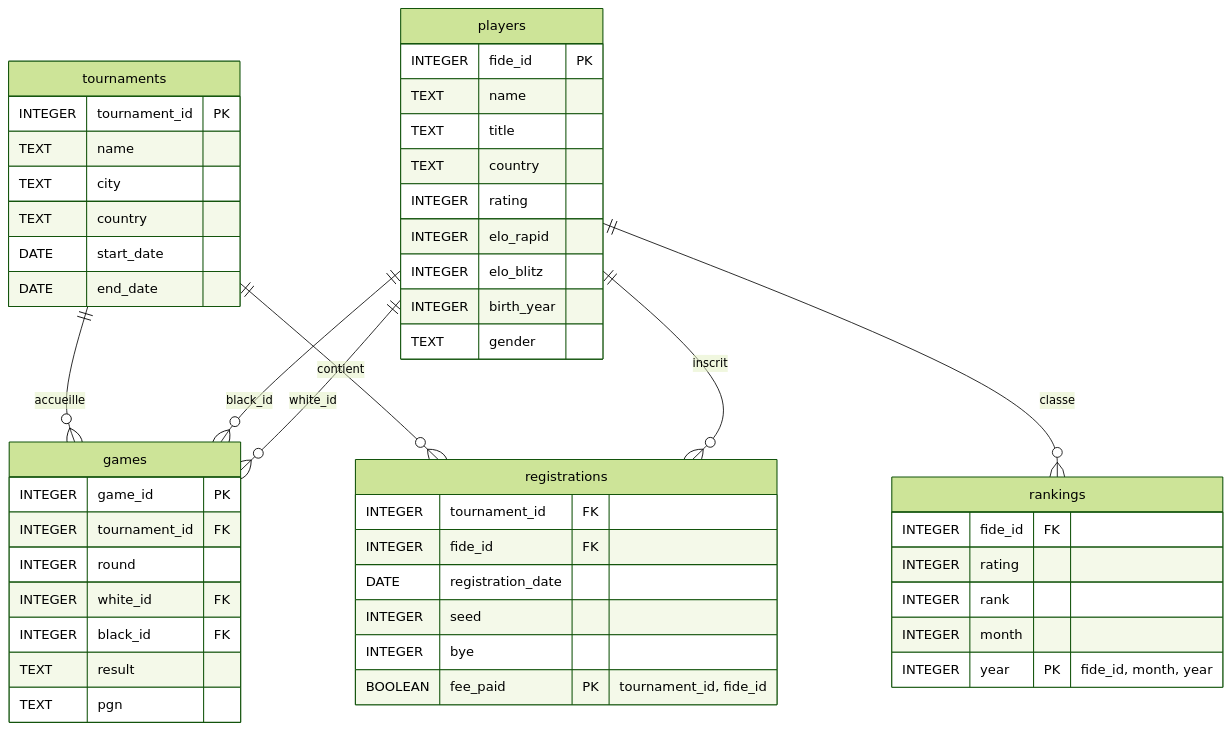
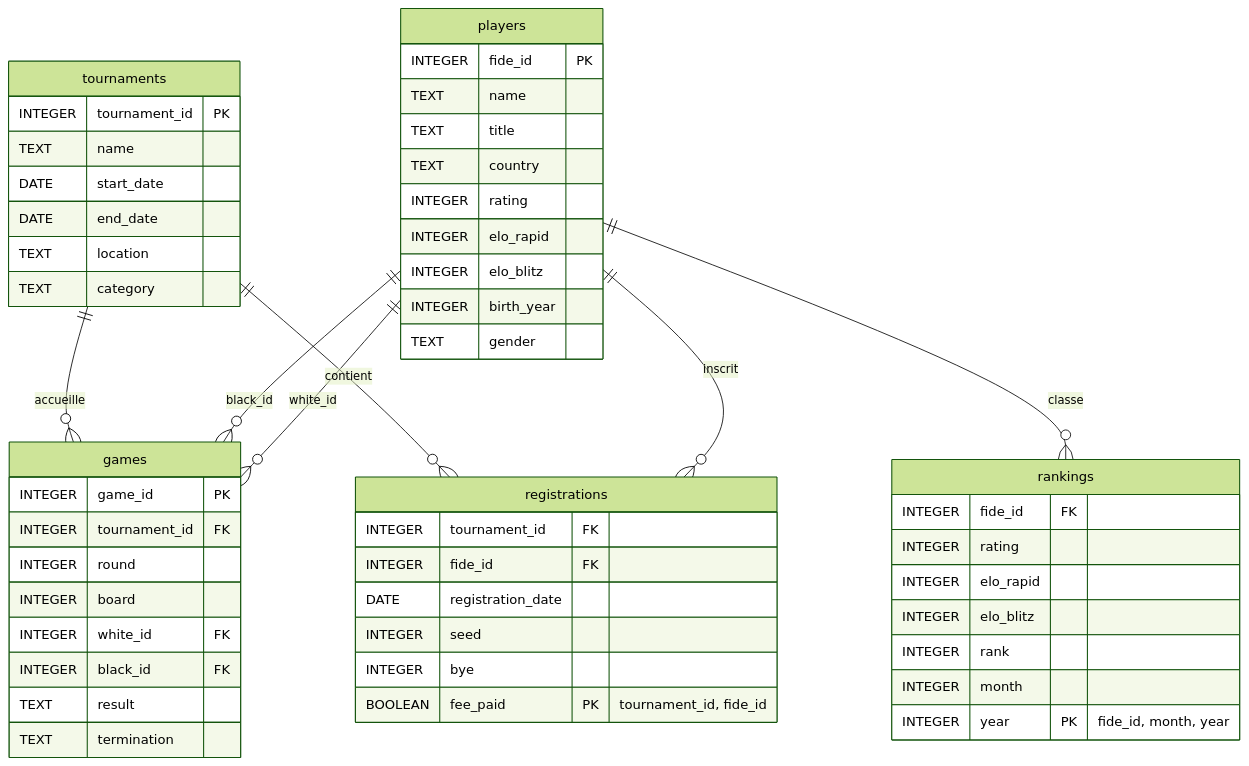
One commit to N-Herwede/TEST changed the diagram in Presentation_Projet.md. Above: the diagram before and after it, drawn with Mermaid (forest theme).

````diff
--- a/Presentation_Projet.md
+++ b/Presentation_Projet.md
@@ -43,55 +43,59 @@
 ```mermaid
 erDiagram
   players {
     INTEGER fide_id PK
     TEXT    name
     TEXT    title
     TEXT    country
     INTEGER rating
     INTEGER elo_rapid
     INTEGER elo_blitz
     INTEGER birth_year
     TEXT    gender
   }
   tournaments {
     INTEGER tournament_id PK
     TEXT    name
-    TEXT    city
-    TEXT    country
     DATE    start_date
     DATE    end_date
+    TEXT    location
+    TEXT    category
   }
   registrations {
     INTEGER tournament_id FK
     INTEGER fide_id       FK
     DATE    registration_date
     INTEGER seed
     INTEGER bye
     BOOLEAN fee_paid
     PK "tournament_id, fide_id"
   }
   games {
     INTEGER game_id       PK
     INTEGER tournament_id FK
     INTEGER round
+    INTEGER board
     INTEGER white_id      FK
     INTEGER black_id      FK
     TEXT    result
-    TEXT    pgn
+    TEXT    termination
   }
   rankings {
-    INTEGER fide_id FK
+    INTEGER fide_id   FK
     INTEGER rating
+    INTEGER elo_rapid
+    INTEGER elo_blitz
     INTEGER rank
     INTEGER month
     INTEGER year
     PK "fide_id, month, year"
   }
 
   players     ||--o{ games         : white_id
   players     ||--o{ games         : black_id
   players     ||--o{ registrations : inscrit
   players     ||--o{ rankings      : classe
   tournaments ||--o{ registrations : contient
   tournaments ||--o{ games         : accueille
+
 ```
````
